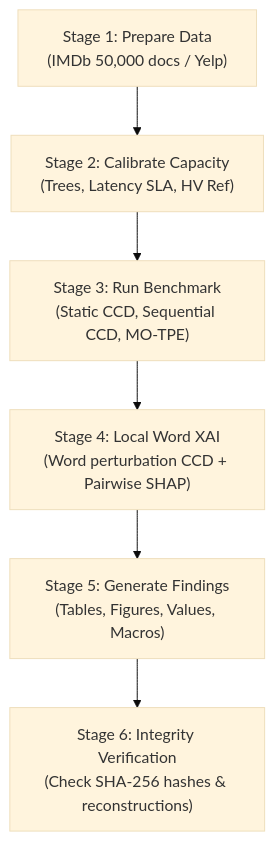
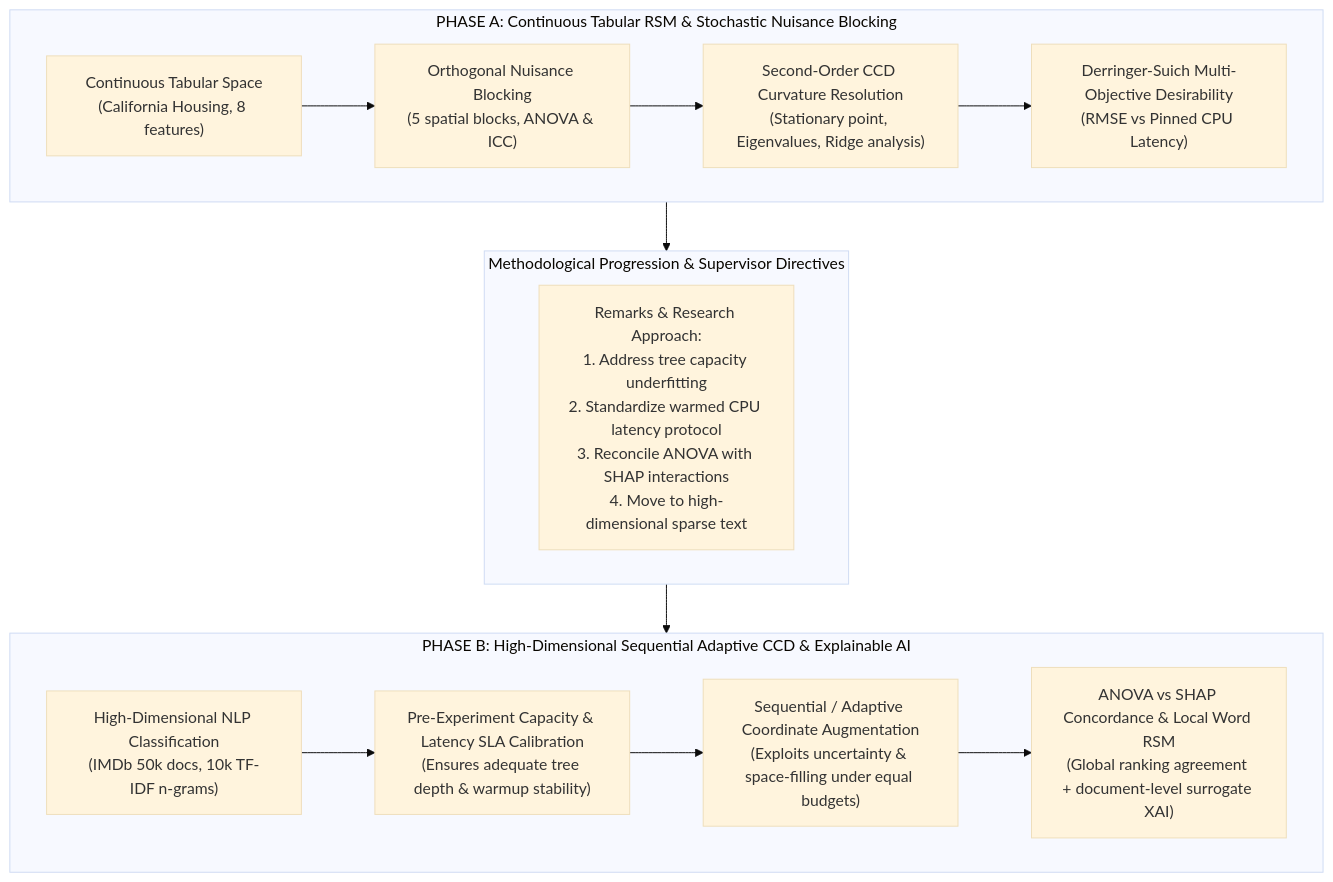
The diagram in EXPERIMENT_EXPLANATION.md (ChristosHussein/xgboost-doe-rsm), drawn with Mermaid (base theme) before and after one commit. The commit also changed other lines of this file and 318 other files, not shown here.

Commit message:
feat(architecture): unify codebase into procedure-named Phase A and Phase B deliverables

````diff
--- a/EXPERIMENT_EXPLANATION.md
+++ b/EXPERIMENT_EXPLANATION.md
@@ -101,8 +33,24 @@
 ```mermaid
 flowchart TD
-    A["Stage 1: Prepare Data<br/>(IMDb 50,000 docs / Yelp)"] --> B["Stage 2: Calibrate Capacity<br/>(Trees, Latency SLA, HV Ref)"]
-    B --> C["Stage 3: Run Benchmark<br/>(Static CCD, Sequential CCD, MO-TPE)"]
-    C --> D["Stage 4: Local Word XAI<br/>(Word perturbation CCD + Pairwise SHAP)"]
-    D --> E["Stage 5: Generate Findings<br/>(Tables, Figures, Values, Macros)"]
-    E --> F["Stage 6: Integrity Verification<br/>(Check SHA-256 hashes & reconstructions)"]
+    subgraph Phase_A["PHASE A: Continuous Tabular RSM & Stochastic Nuisance Blocking"]
+        A1["Continuous Tabular Space<br/>(California Housing, 8 features)"]
+        A2["Orthogonal Nuisance Blocking<br/>(5 spatial blocks, ANOVA & ICC)"]
+        A3["Second-Order CCD Curvature Resolution<br/>(Stationary point, Eigenvalues, Ridge analysis)"]
+        A4["Derringer-Suich Multi-Objective Desirability<br/>(RMSE vs Pinned CPU Latency)"]
+        A1 --> A2 --> A3 --> A4
+    end
+
+    subgraph Bridge["Methodological Progression & Supervisor Directives"]
+        B1["Remarks & Research Approach:<br/>1. Address tree capacity underfitting<br/>2. Standardize warmed CPU latency protocol<br/>3. Reconcile ANOVA with SHAP interactions<br/>4. Move to high-dimensional sparse text"]
+    end
+
+    subgraph Phase_B["PHASE B: High-Dimensional Sequential Adaptive CCD & Explainable AI"]
+        C1["High-Dimensional NLP Classification<br/>(IMDb 50k docs, 10k TF-IDF n-grams)"]
+        C2["Pre-Experiment Capacity & Latency SLA Calibration<br/>(Ensures adequate tree depth & warmup stability)"]
+        C3["Sequential / Adaptive Coordinate Augmentation<br/>(Exploits uncertainty & space-filling under equal budgets)"]
+        C4["ANOVA vs SHAP Concordance & Local Word RSM<br/>(Global ranking agreement + document-level surrogate XAI)"]
+        C1 --> C2 --> C3 --> C4
+    end
+
+    Phase_A --> Bridge --> Phase_B
 ```
````
